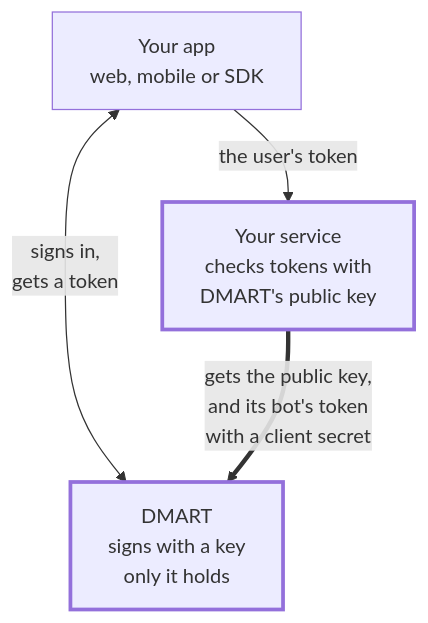
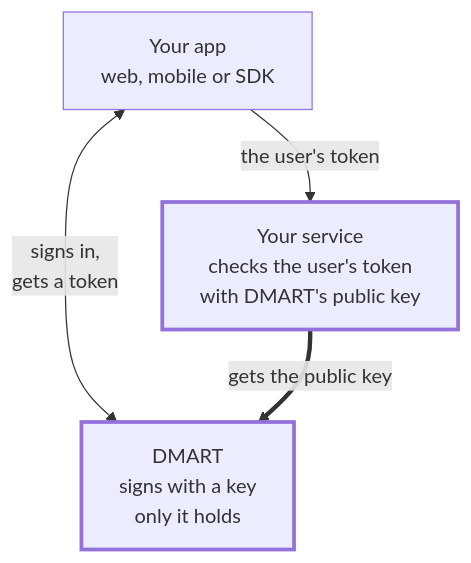
Before and after one commit to edraj/website: the second of 4 diagrams in pack/space/pages/api_docs.md, drawn with Mermaid. The commit also changed other lines of this file and 2 other files, not shown here.

First line of the commit message:
docs(api): service-to-service before and after, and what a secret's copy signs (#40)

````diff
--- a/pack/space/pages/api_docs.md
+++ b/pack/space/pages/api_docs.md
@@ -829,10 +831,10 @@
 ```mermaid
 flowchart TB
     App["Your app<br/>web, mobile or SDK"]
-    Svc["Your service<br/>checks tokens with<br/>DMART's public key"]:::changed
+    Svc["Your service<br/>checks the user's token<br/>with DMART's public key"]:::changed
     D["DMART<br/>signs with a key<br/>only it holds"]:::changed
     App <-->|"signs in,<br/>gets a token"| D
     App -->|"the user's token"| Svc
-    Svc ==>|"gets the public key,<br/>and its bot's token<br/>with a client secret"| D
+    Svc ==>|"gets the public key"| D
     classDef changed stroke-width:3px
 ```
````
